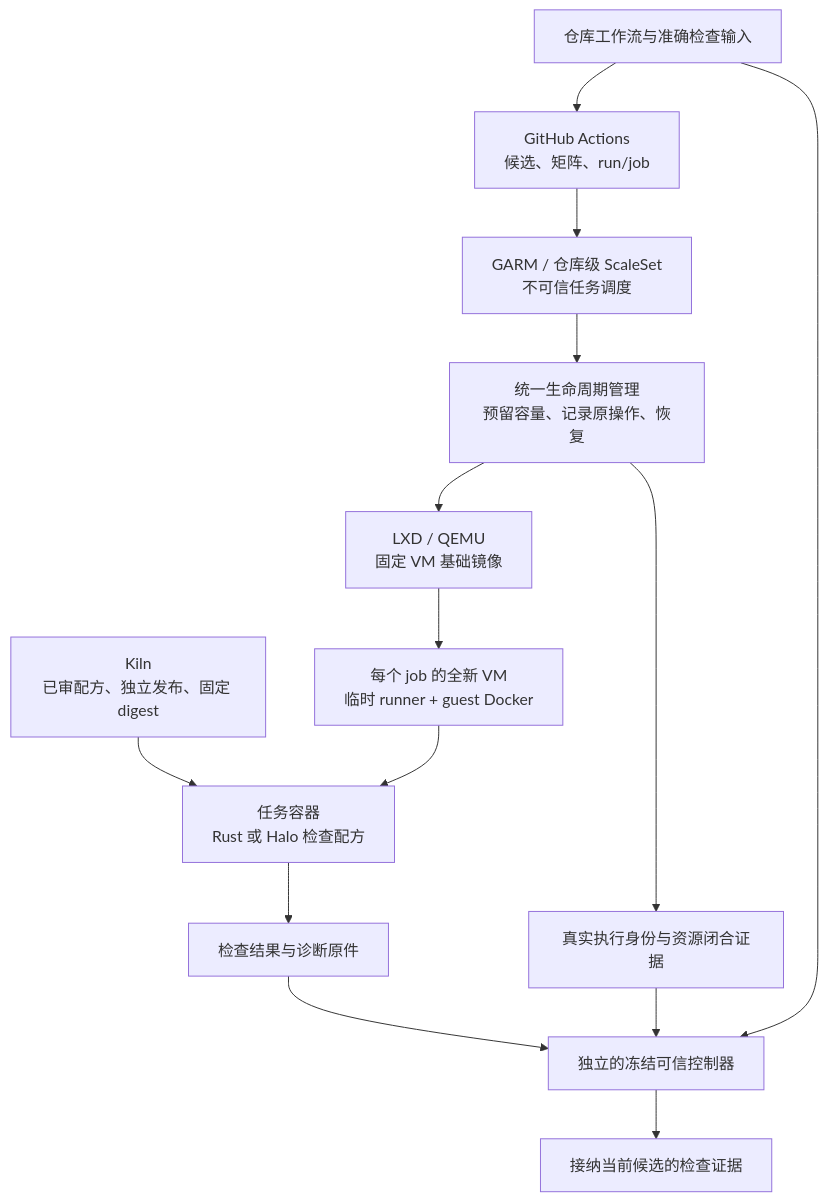
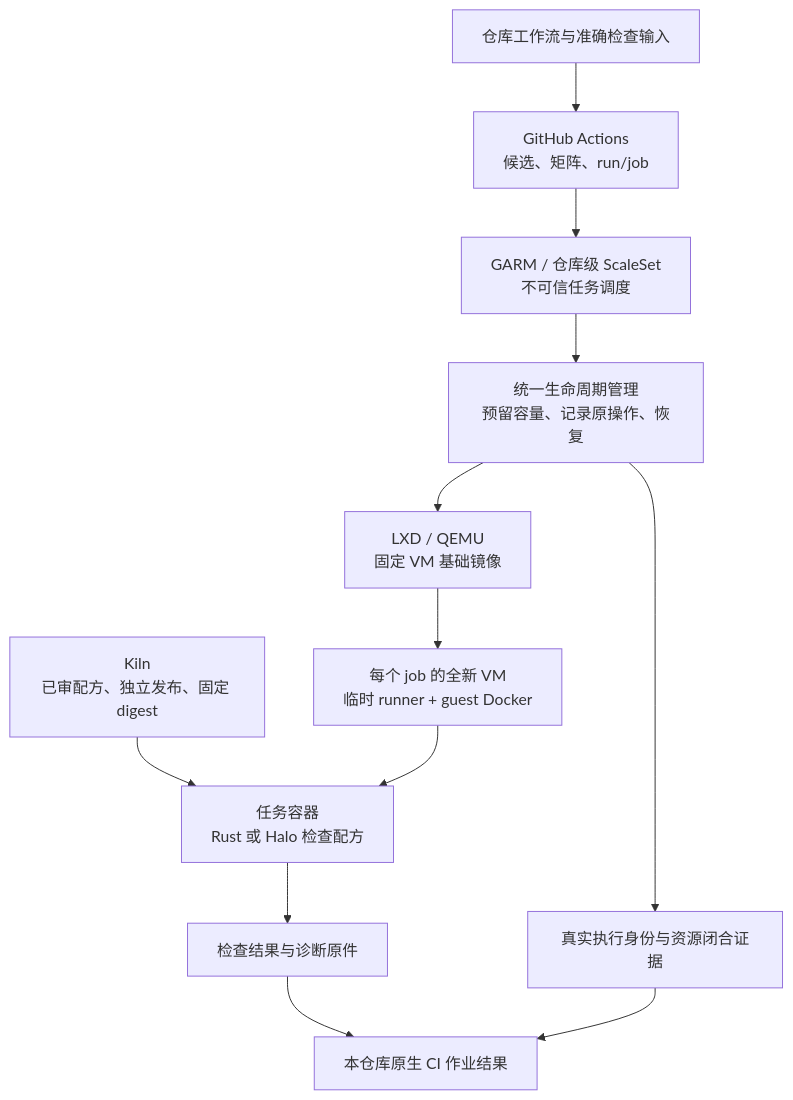
One commit to headironc/designs changed the diagram in ci-architecture.md. Above: the diagram before and after it, drawn with Mermaid. The commit also changed other lines of this file, not shown here.

````diff
--- a/ci-architecture.md
+++ b/ci-architecture.md
@@ -41,16 +45,14 @@
 ```mermaid
 flowchart TD
     Policy["仓库工作流与准确检查输入"] --> Actions["GitHub Actions<br/>候选、矩阵、run/job"]
     Actions --> GARM["GARM / 仓库级 ScaleSet<br/>不可信任务调度"]
     GARM --> Lifecycle["统一生命周期管理<br/>预留容量、记录原操作、恢复"]
     Lifecycle --> LXD["LXD / QEMU<br/>固定 VM 基础镜像"]
     LXD --> VM["每个 job 的全新 VM<br/>临时 runner + guest Docker"]
     Kiln["Kiln<br/>已审配方、独立发布、固定 digest"] --> Container["任务容器<br/>Rust 或 Halo 检查配方"]
     VM --> Container
     Container --> Evidence["检查结果与诊断原件"]
     Lifecycle --> Closure["真实执行身份与资源闭合证据"]
-    Evidence --> Gate["独立的冻结可信控制器"]
-    Closure --> Gate
-    Policy --> Gate
-    Gate --> Admission["接纳当前候选的检查证据"]
+    Evidence --> Result["本仓库原生 CI 作业结果"]
+    Closure --> Result
 ```
````
